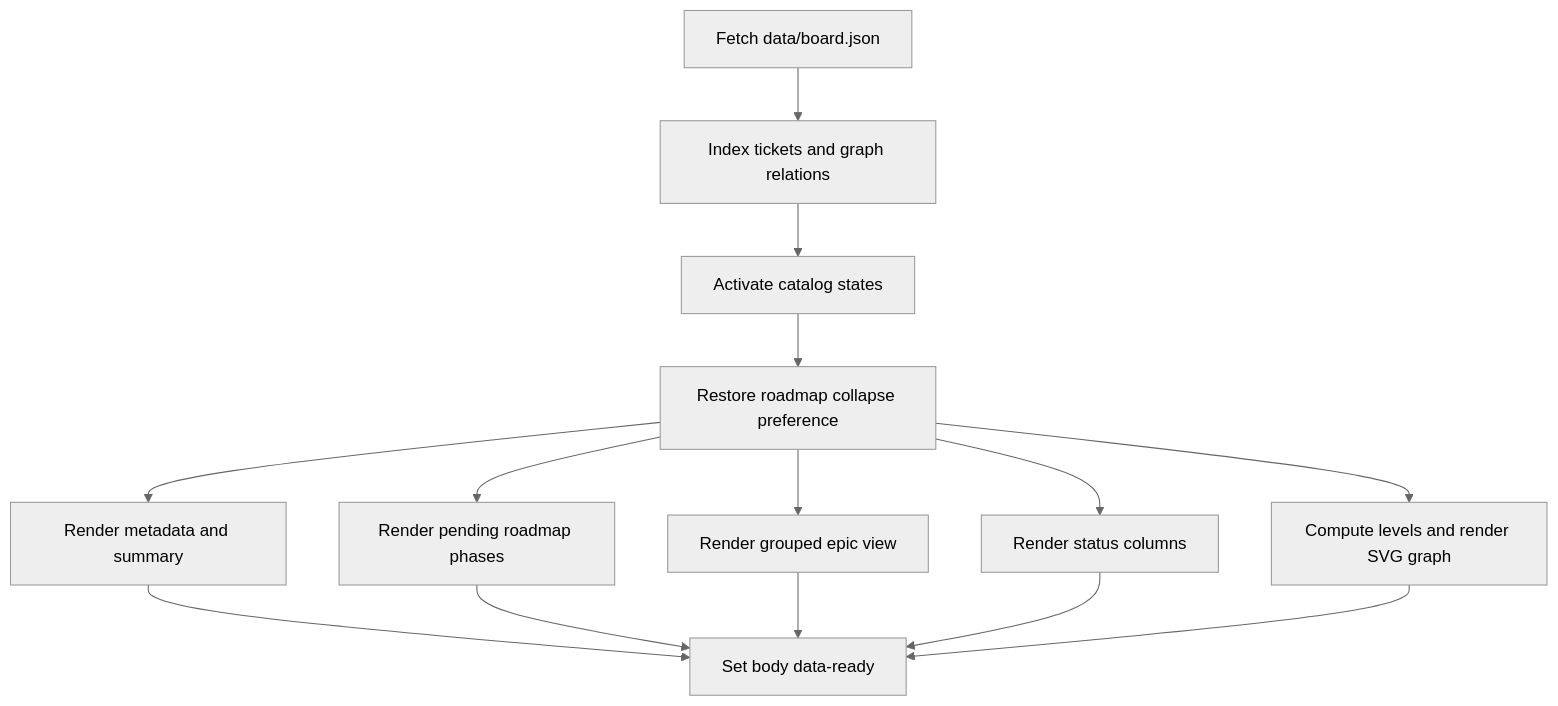
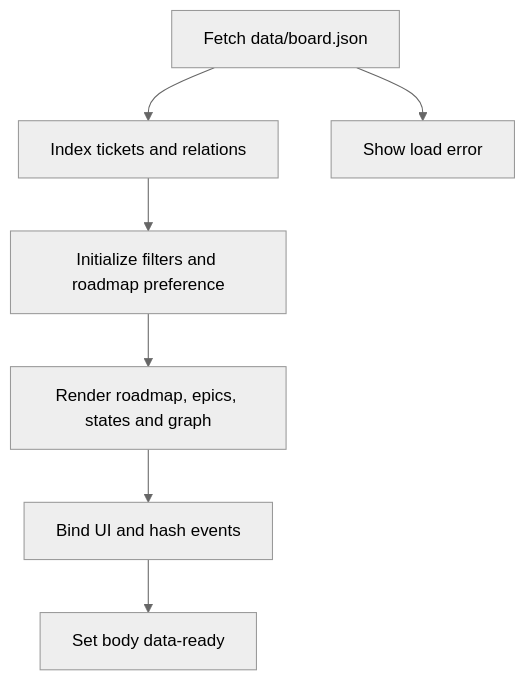
Before and after one commit to maximofn/gymnasia: the second of 3 diagrams in openwiki/services/architecture-board.md, drawn with Mermaid (neutral theme). The commit also changed other lines of this file and 49 other files, not shown here.

````diff
--- a/openwiki/services/architecture-board.md
+++ b/openwiki/services/architecture-board.md
@@ -79,16 +86,9 @@
 ```mermaid
 flowchart TD
-    Fetch["Fetch data/board.json"] --> Index["Index tickets and graph relations"]
-    Index --> InitFilters["Activate catalog states"]
-    InitFilters --> Restore["Restore roadmap collapse preference"]
-    Restore --> RenderMeta["Render metadata and summary"]
-    Restore --> RenderRoadmap["Render pending roadmap phases"]
-    Restore --> RenderEpics["Render grouped epic view"]
-    Restore --> RenderStates["Render status columns"]
-    Restore --> RenderGraph["Compute levels and render SVG graph"]
-    RenderMeta --> Ready["Set body data-ready"]
-    RenderRoadmap --> Ready
-    RenderEpics --> Ready
-    RenderStates --> Ready
-    RenderGraph --> Ready
+    Fetch["Fetch data/board.json"] --> Index["Index tickets and relations"]
+    Index --> Interface["Initialize filters and roadmap preference"]
+    Interface --> Views["Render roadmap, epics, states and graph"]
+    Views --> Events["Bind UI and hash events"]
+    Events --> Ready["Set body data-ready"]
+    Fetch --> Failure["Show load error"]
 ```
````
